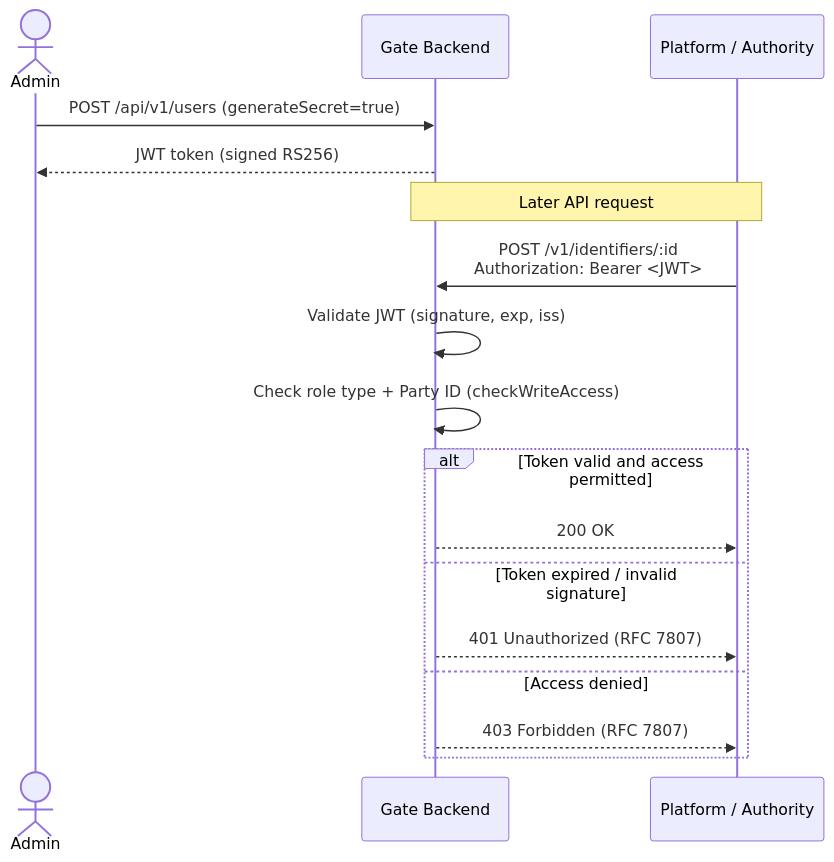
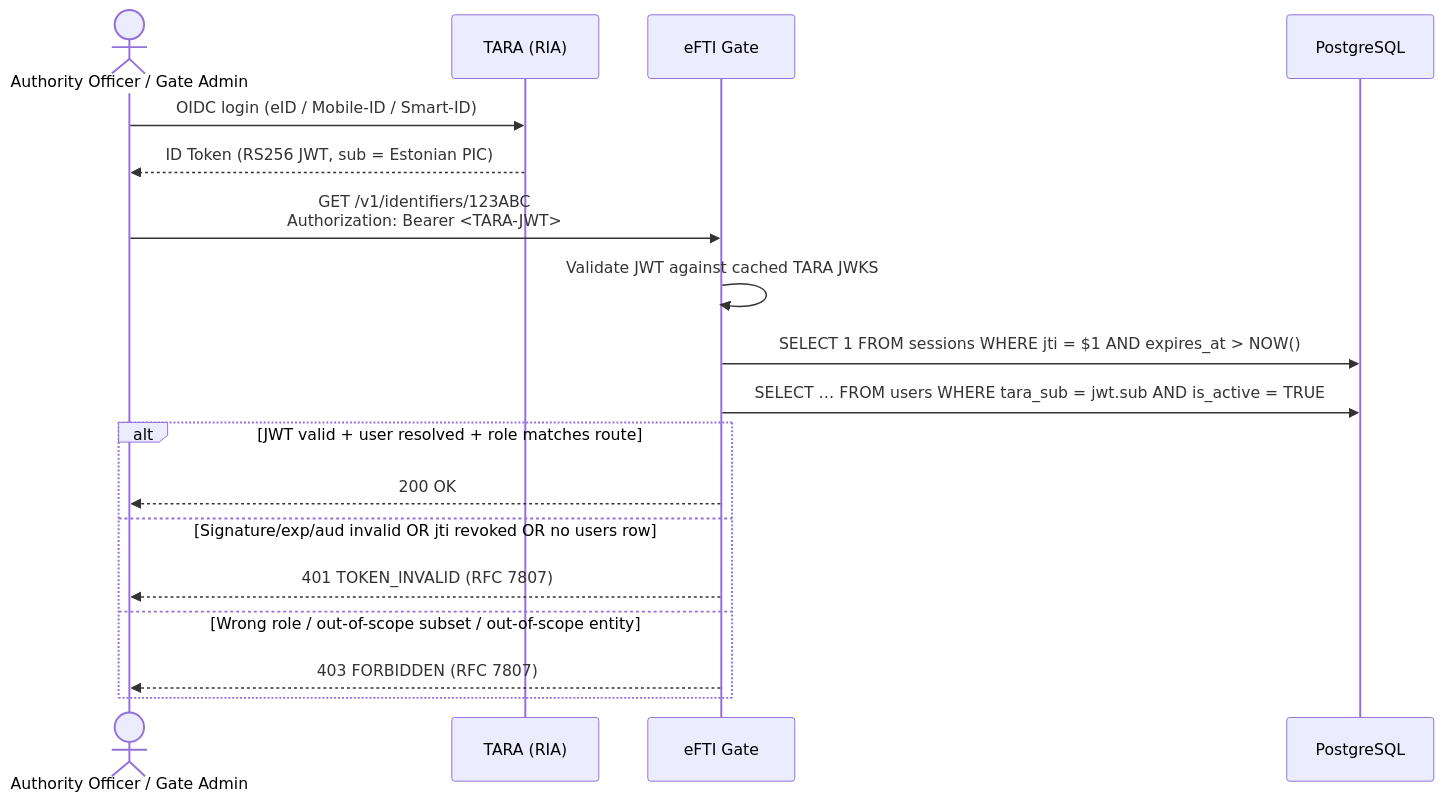
The fifth of 34 diagrams in docs/efti_full_epics_en.md (kemit-ee/efti-gate-ee), drawn with Mermaid before and after one commit. The commit also changed other lines of this file and 26 other files, not shown here.

````diff
--- a/docs/efti_full_epics_en.md
+++ b/docs/efti_full_epics_en.md
@@ -294,22 +296,22 @@
 ```mermaid
 sequenceDiagram
-    actor Admin
-    participant Gate as Gate Backend
-    participant Platform as Platform / Authority
+    actor Officer as Authority Officer / Gate Admin
+    participant TARA as TARA (RIA)
+    participant Gate as eFTI Gate
+    participant DB as PostgreSQL
 
-    Admin->>Gate: POST /api/v1/users (generateSecret=true)
-    Gate-->>Admin: JWT token (signed RS256)
+    Officer->>TARA: OIDC login (eID / Mobile-ID / Smart-ID)
+    TARA-->>Officer: ID Token (RS256 JWT, sub = Estonian PIC)
 
-    Note over Platform,Gate: Later API request
-
-    Platform->>Gate: POST /v1/identifiers/:id<br/>Authorization: Bearer <JWT>
-    Gate->>Gate: Validate JWT (signature, exp, iss)
-    Gate->>Gate: Check role type + Party ID (checkWriteAccess)
-    alt Token valid and access permitted
-        Gate-->>Platform: 200 OK
-    else Token expired / invalid signature
-        Gate-->>Platform: 401 Unauthorized (RFC 7807)
-    else Access denied
-        Gate-->>Platform: 403 Forbidden (RFC 7807)
+    Officer->>Gate: GET /v1/identifiers/123ABC<br/>Authorization: Bearer <TARA-JWT>
+    Gate->>Gate: Validate JWT against cached TARA JWKS
+    Gate->>DB: SELECT 1 FROM sessions WHERE jti = $1 AND expires_at > NOW()
+    Gate->>DB: SELECT … FROM users WHERE tara_sub = jwt.sub AND is_active = TRUE
+    alt JWT valid + user resolved + role matches route
+        Gate-->>Officer: 200 OK
+    else Signature/exp/aud invalid OR jti revoked OR no users row
+        Gate-->>Officer: 401 TOKEN_INVALID (RFC 7807)
+    else Wrong role / out-of-scope subset / out-of-scope entity
+        Gate-->>Officer: 403 FORBIDDEN (RFC 7807)
     end
 ```
````
